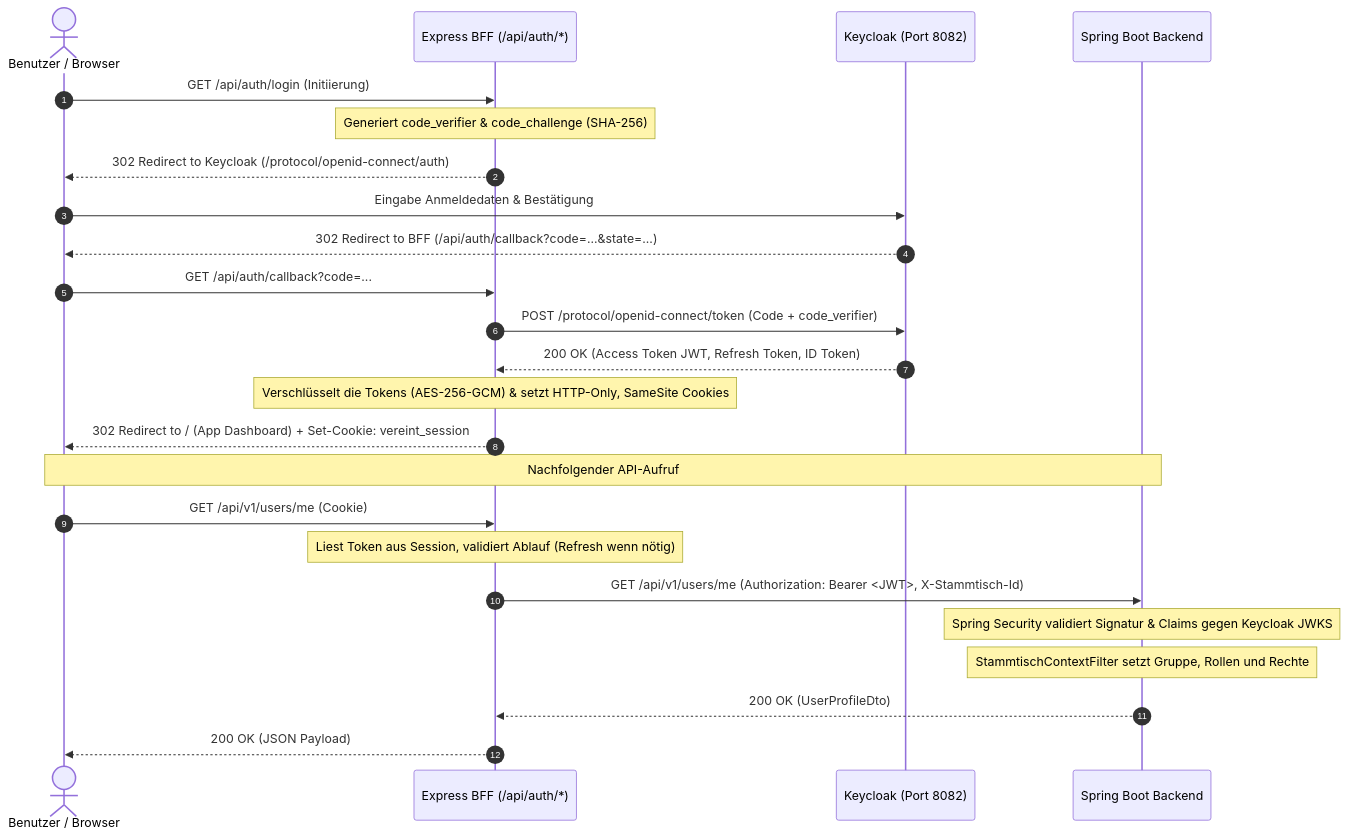
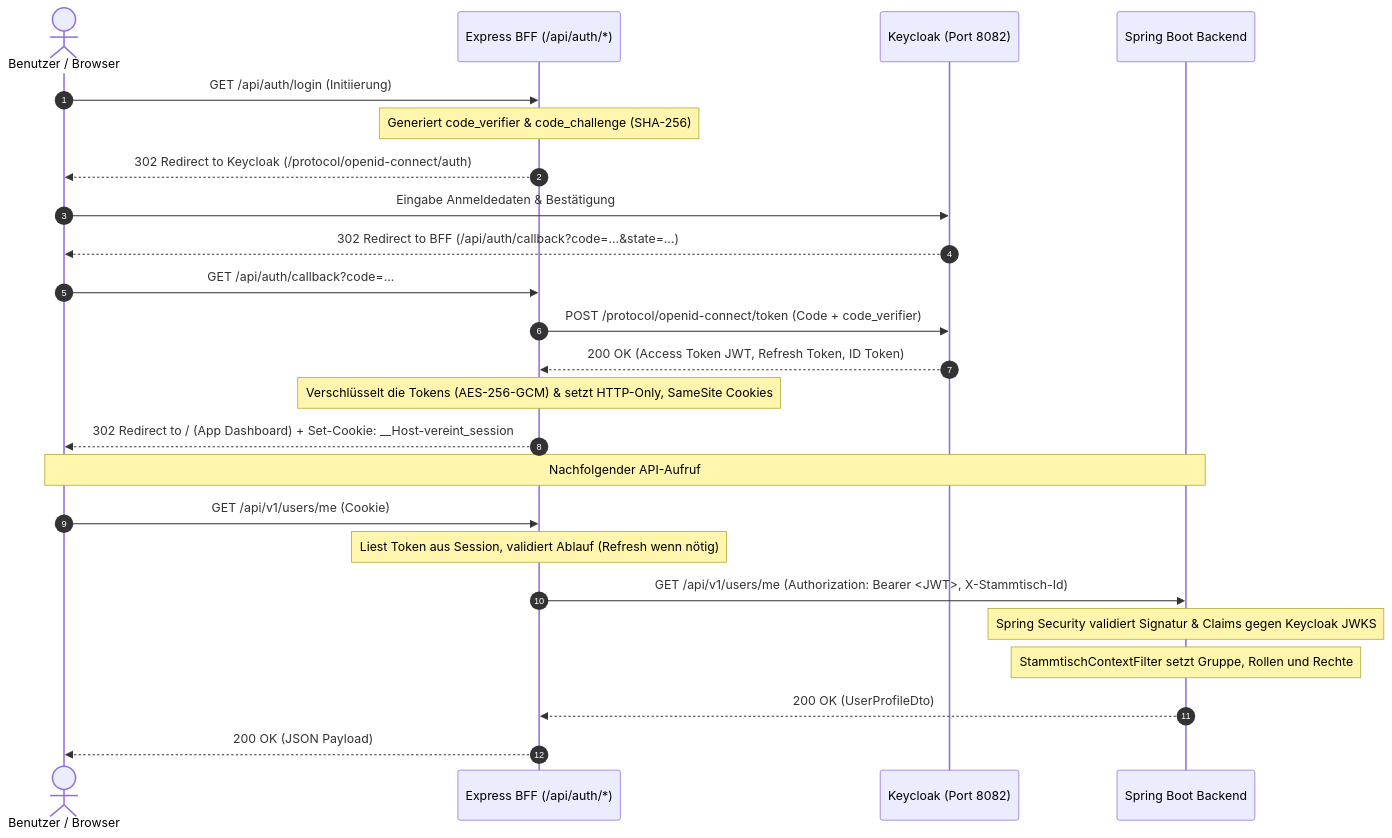
One commit to damaurer/vereint changed the diagram in docs/architecture/security-and-auth.md. Above: the diagram before and after it, drawn with Mermaid. The commit also changed 16 other files, not shown here.

First line of the commit message:
BFF: Cookies mit __Host- und robustes Lesen kaputter Kodierung

````diff
--- a/docs/architecture/security-and-auth.md
+++ b/docs/architecture/security-and-auth.md
@@ -11,28 +11,28 @@
 ```mermaid
 sequenceDiagram
     autonumber
     actor User as Benutzer / Browser
     participant BFF as Express BFF (/api/auth/*)
     participant KC as Keycloak (Port 8082)
     participant Spring as Spring Boot Backend
 
     User->>BFF: GET /api/auth/login (Initiierung)
     Note over BFF: Generiert code_verifier & code_challenge (SHA-256)
     BFF-->>User: 302 Redirect to Keycloak (/protocol/openid-connect/auth)
     User->>KC: Eingabe Anmeldedaten & Bestätigung
     KC-->>User: 302 Redirect to BFF (/api/auth/callback?code=...&state=...)
     User->>BFF: GET /api/auth/callback?code=...
     BFF->>KC: POST /protocol/openid-connect/token (Code + code_verifier)
     KC-->>BFF: 200 OK (Access Token JWT, Refresh Token, ID Token)
     Note over BFF: Verschlüsselt die Tokens (AES-256-GCM) & setzt HTTP-Only, SameSite Cookies
-    BFF-->>User: 302 Redirect to / (App Dashboard) + Set-Cookie: vereint_session
+    BFF-->>User: 302 Redirect to / (App Dashboard) + Set-Cookie: __Host-vereint_session
 
     Note over User, Spring: Nachfolgender API-Aufruf
     User->>BFF: GET /api/v1/users/me (Cookie)
     Note over BFF: Liest Token aus Session, validiert Ablauf (Refresh wenn nötig)
     BFF->>Spring: GET /api/v1/users/me (Authorization: Bearer <JWT>, X-Stammtisch-Id)
     Note over Spring: Spring Security validiert Signatur & Claims gegen Keycloak JWKS
     Note over Spring: StammtischContextFilter setzt Gruppe, Rollen und Rechte
     Spring-->>BFF: 200 OK (UserProfileDto)
     BFF-->>User: 200 OK (JSON Payload)
 ```
````
